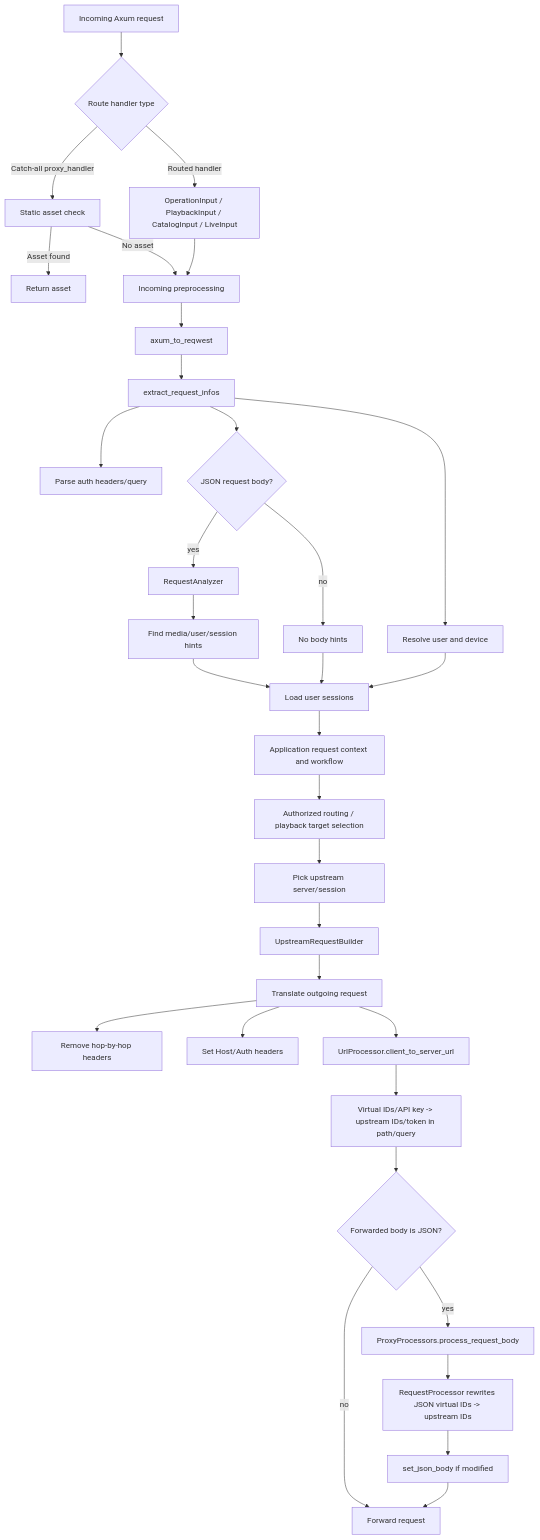
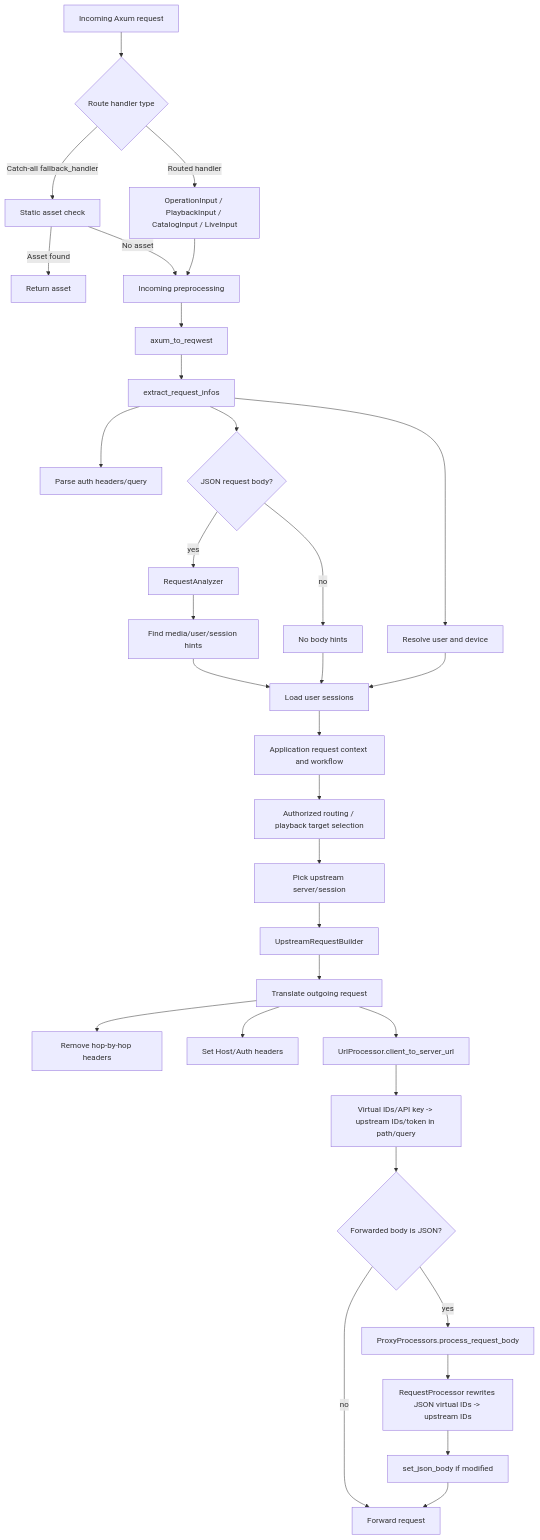
Before and after one commit to LLukas22/Jellyswarrm: the first of 2 diagrams in docs/request-response-processing.md, drawn with Mermaid. The commit also changed other lines of this file and 101 other files, not shown here.

````diff
--- a/docs/request-response-processing.md
+++ b/docs/request-response-processing.md
@@ -17,40 +17,40 @@
 ```mermaid
 flowchart TD
     A[Incoming Axum request] --> B{Route handler type}
 
     B -->|Routed handler| C[OperationInput / PlaybackInput / CatalogInput / LiveInput]
-    B -->|Catch-all proxy_handler| D[Static asset check]
+    B -->|Catch-all fallback_handler| D[Static asset check]
     D -->|Asset found| E[Return asset]
     D -->|No asset| F[Incoming preprocessing]
     C --> F
 
     F --> G[axum_to_reqwest]
     G --> H[extract_request_infos]
     H --> I[Parse auth headers/query]
     H --> J[Resolve user and device]
     H --> K{JSON request body?}
 
     K -->|yes| L[RequestAnalyzer]
     L --> M[Find media/user/session hints]
     K -->|no| N[No body hints]
     M --> O[Load user sessions]
     N --> O
     J --> O
 
     O --> P[Application request context and workflow]
     P --> Q[Authorized routing / playback target selection]
     Q --> R[Pick upstream server/session]
     R --> S[UpstreamRequestBuilder]
     S --> T[Translate outgoing request]
     T --> U[Remove hop-by-hop headers]
     T --> V[Set Host/Auth headers]
     T --> W[UrlProcessor.client_to_server_url]
     W --> X[Virtual IDs/API key -> upstream IDs/token in path/query]
 
     X --> Y{Forwarded body is JSON?}
     Y -->|yes| Z[ProxyProcessors.process_request_body]
     Z --> AA[RequestProcessor rewrites JSON virtual IDs -> upstream IDs]
     AA --> AB[set_json_body if modified]
     Y -->|no| AC[Forward request]
     AB --> AC
 ```
````
